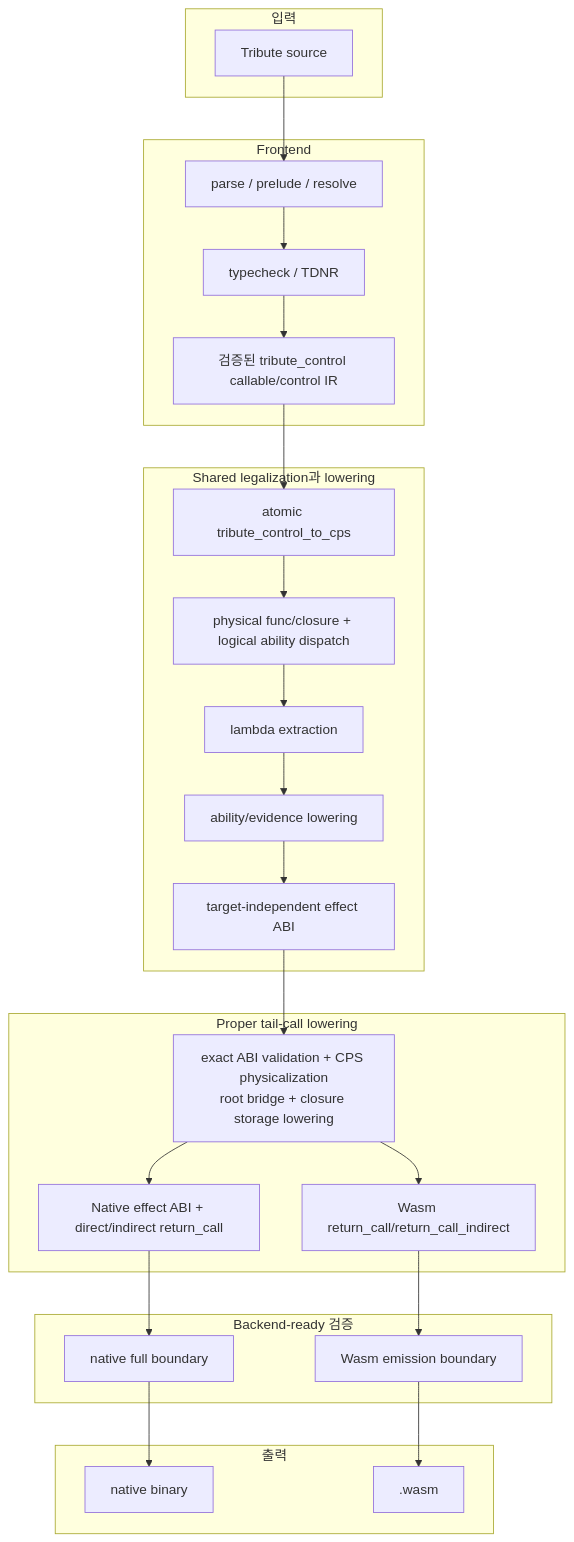
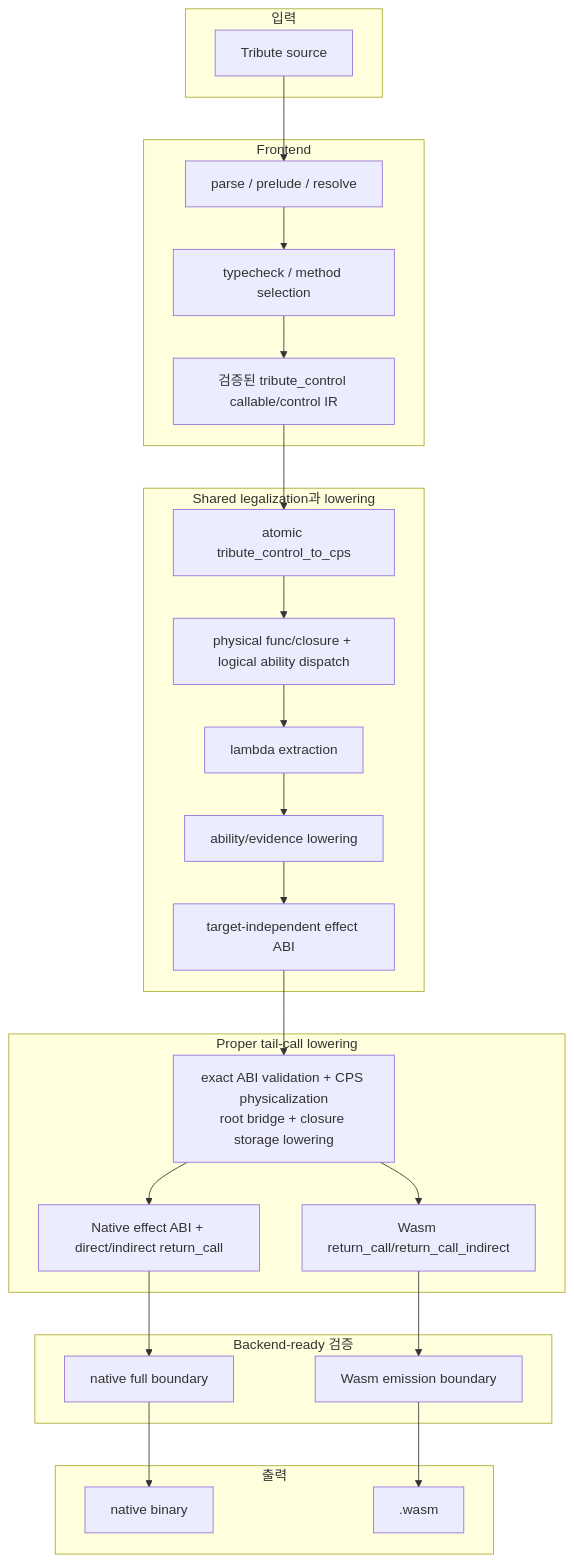
The diagram in new-plans/implementation.md (Kroisse/tribute), drawn with Mermaid before and after one commit. The commit also changed 17 other files, not shown here.

First line of the commit message:
refactor: rename the remaining TDNR vocabulary to method selection

````diff
--- a/new-plans/implementation.md
+++ b/new-plans/implementation.md
@@ -732,52 +732,52 @@
 ```mermaid
 flowchart TB
     subgraph input["입력"]
         source["Tribute source"]
     end
 
     subgraph frontend["Frontend"]
         parse["parse / prelude / resolve"]
-        typecheck["typecheck / TDNR"]
+        typecheck["typecheck / method selection"]
         direct["검증된 tribute_control callable/control IR"]
     end
 
     subgraph shared["Shared legalization과 lowering"]
         cps["atomic tribute_control_to_cps"]
         physical["physical func/closure + logical ability dispatch"]
         closure["lambda extraction"]
         ability["ability/evidence lowering"]
         effect["target-independent effect ABI"]
     end
 
     subgraph targets["Proper tail-call lowering"]
         target_abi["exact ABI validation + CPS physicalization\nroot bridge + closure storage lowering"]
         native_tail["Native effect ABI + direct/indirect return_call"]
         wasm_tail["Wasm return_call/return_call_indirect"]
     end
 
     subgraph verify["Backend-ready 검증"]
         native_ready["native full boundary"]
         wasm_ready["Wasm emission boundary"]
     end
 
     subgraph output["출력"]
         native_bin["native binary"]
         wasm_bin[".wasm"]
     end
 
     source --> parse
     parse --> typecheck
     typecheck --> direct
     direct --> cps
     cps --> physical
     physical --> closure
     closure --> ability
     ability --> effect
     effect --> target_abi
     target_abi --> native_tail
     target_abi --> wasm_tail
     native_tail --> native_ready
     wasm_tail --> wasm_ready
     native_ready --> native_bin
     wasm_ready --> wasm_bin
 ```
````
